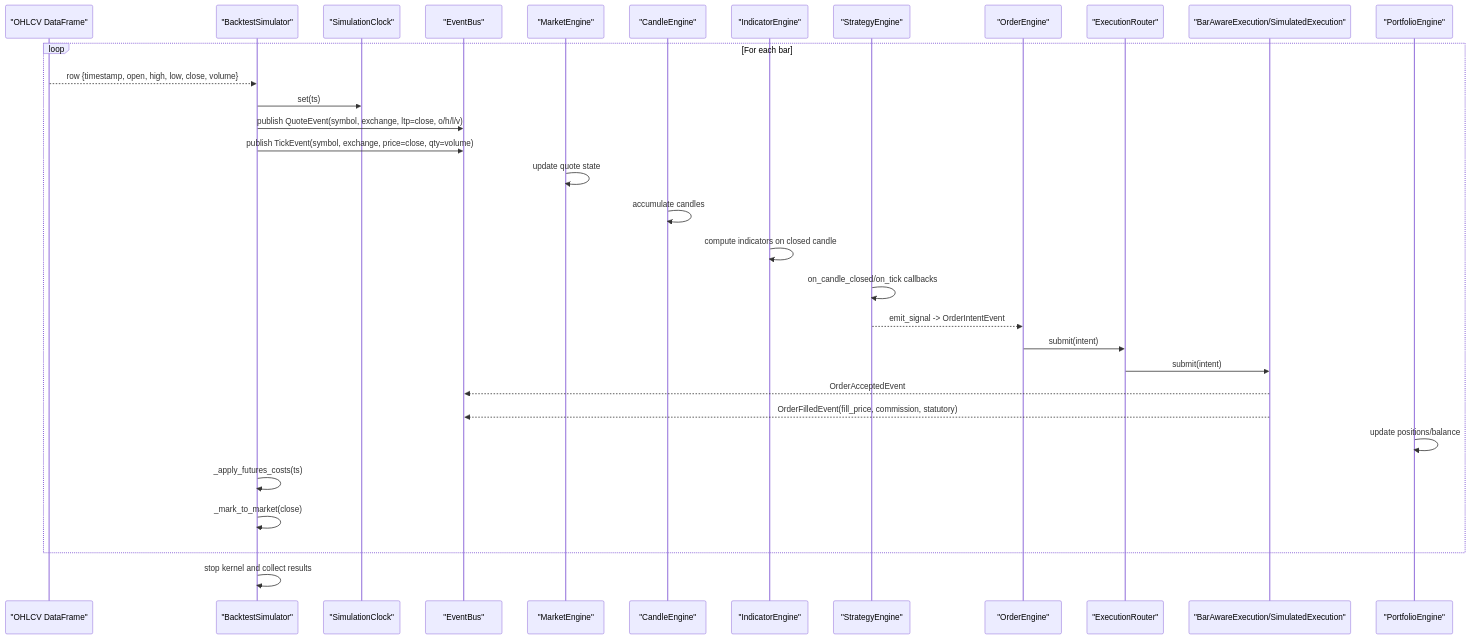
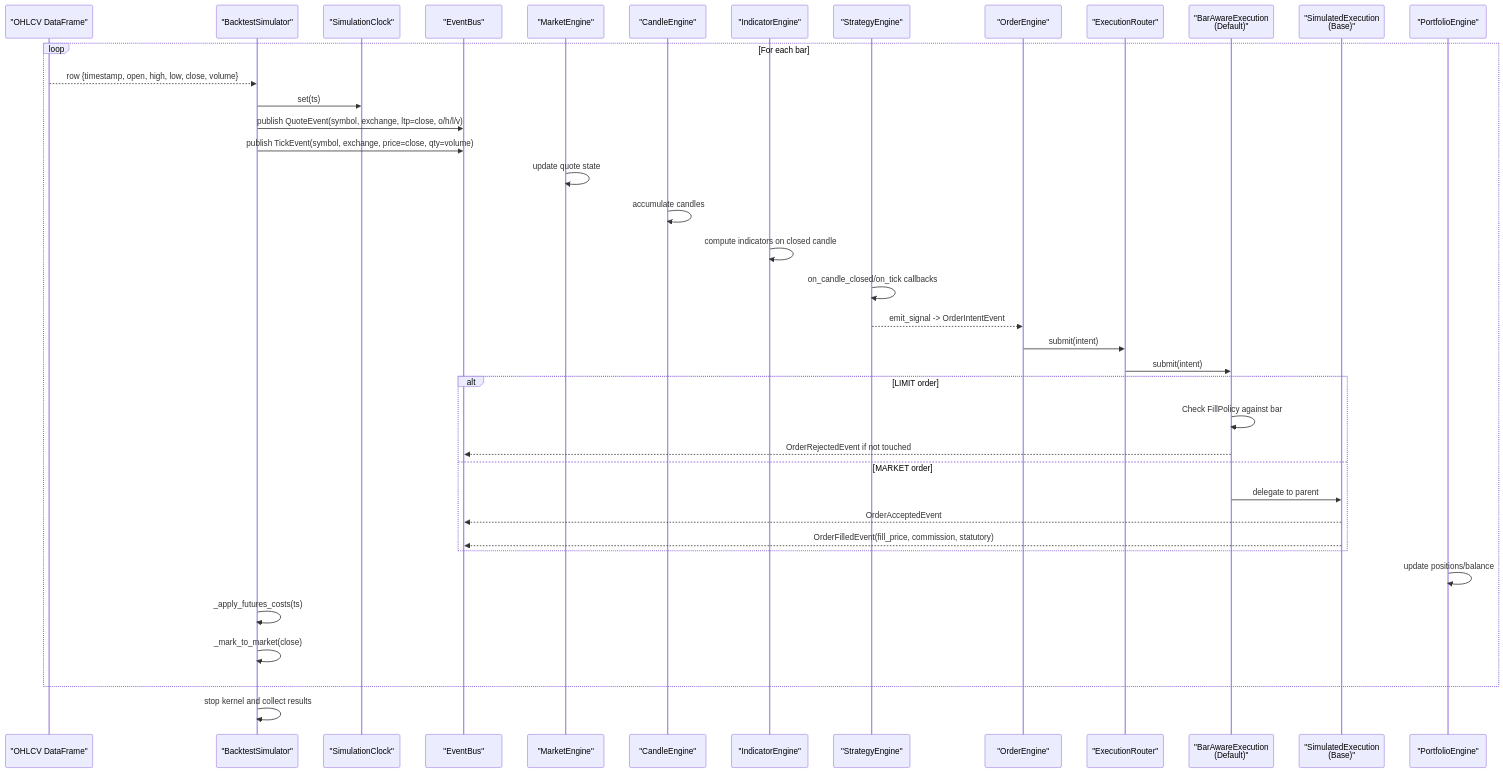
One commit to Ganesh-Kusundal/nTrade changed the second of 7 diagrams in .qoder/repowiki/en/content/Backtesting & Simulation/Backtest Simulator.md. Above: the diagram before and after it, drawn with Mermaid. The commit also changed other lines of this file and 203 other files, not shown here.

````diff
--- a/.qoder/repowiki/en/content/Backtesting & Simulation/Backtest Simulator.md
+++ b/.qoder/repowiki/en/content/Backtesting & Simulation/Backtest Simulator.md
@@ -115,34 +124,41 @@
 ```mermaid
 sequenceDiagram
 participant Data as "OHLCV DataFrame"
 participant BS as "BacktestSimulator"
 participant CLK as "SimulationClock"
 participant BUS as "EventBus"
 participant ME as "MarketEngine"
 participant CE as "CandleEngine"
 participant IE as "IndicatorEngine"
 participant STR as "StrategyEngine"
 participant OE as "OrderEngine"
 participant ER as "ExecutionRouter"
-participant BE as "BarAwareExecution/SimulatedExecution"
+participant BAE as "BarAwareExecution<br/>(Default)"
+participant SE as "SimulatedExecution<br/>(Base)"
 participant PE as "PortfolioEngine"
 loop For each bar
 Data-->>BS : row {timestamp, open, high, low, close, volume}
 BS->>CLK : set(ts)
 BS->>BUS : publish QuoteEvent(symbol, exchange, ltp=close, o/h/l/v)
 BS->>BUS : publish TickEvent(symbol, exchange, price=close, qty=volume)
 ME->>ME : update quote state
 CE->>CE : accumulate candles
 IE->>IE : compute indicators on closed candle
 STR->>STR : on_candle_closed/on_tick callbacks
 STR-->>OE : emit_signal -> OrderIntentEvent
 OE->>ER : submit(intent)
-ER->>BE : submit(intent)
-BE-->>BUS : OrderAcceptedEvent
-BE-->>BUS : OrderFilledEvent(fill_price, commission, statutory)
+ER->>BAE : submit(intent)
+alt LIMIT order
+BAE->>BAE : Check FillPolicy against bar
+BAE-->>BUS : OrderRejectedEvent if not touched
+else MARKET order
+BAE->>SE : delegate to parent
+SE-->>BUS : OrderAcceptedEvent
+SE-->>BUS : OrderFilledEvent(fill_price, commission, statutory)
+end
 PE->>PE : update positions/balance
 BS->>BS : _apply_futures_costs(ts)
 BS->>BS : _mark_to_market(close)
 end
 BS->>BS : stop kernel and collect results
 ```
````
